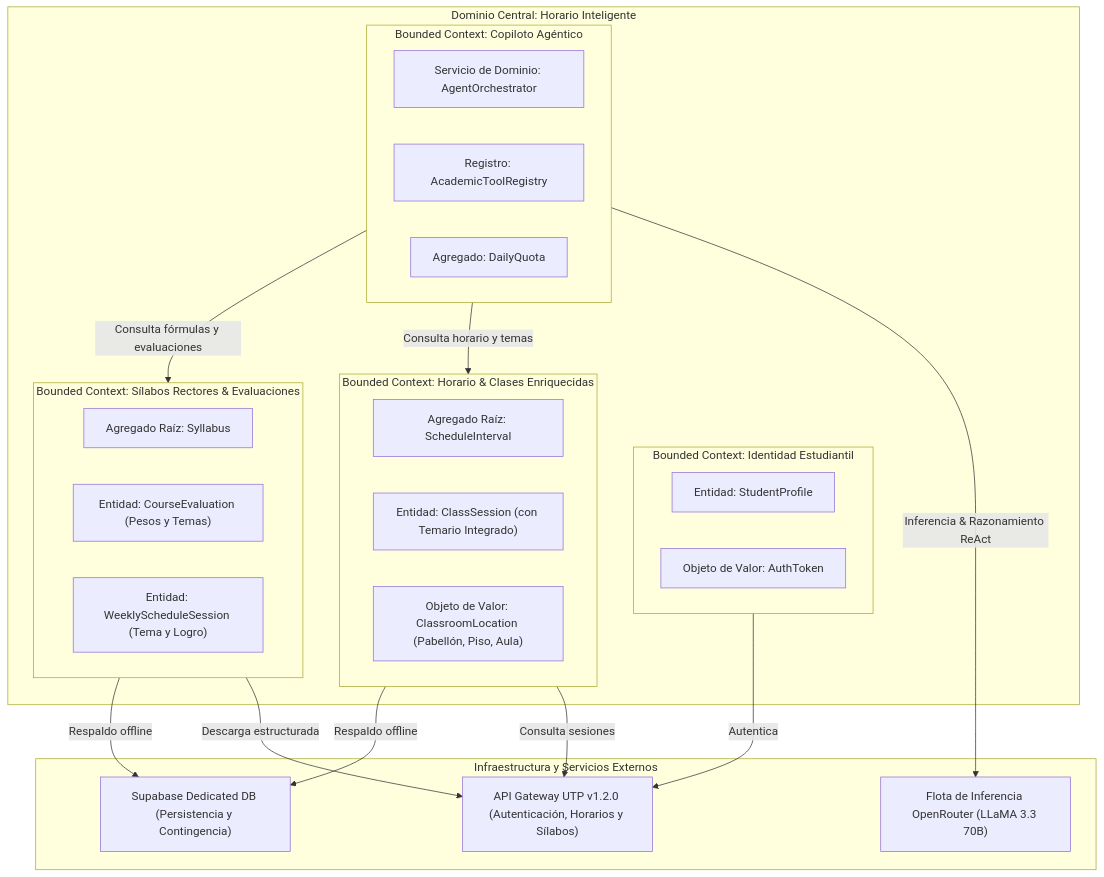
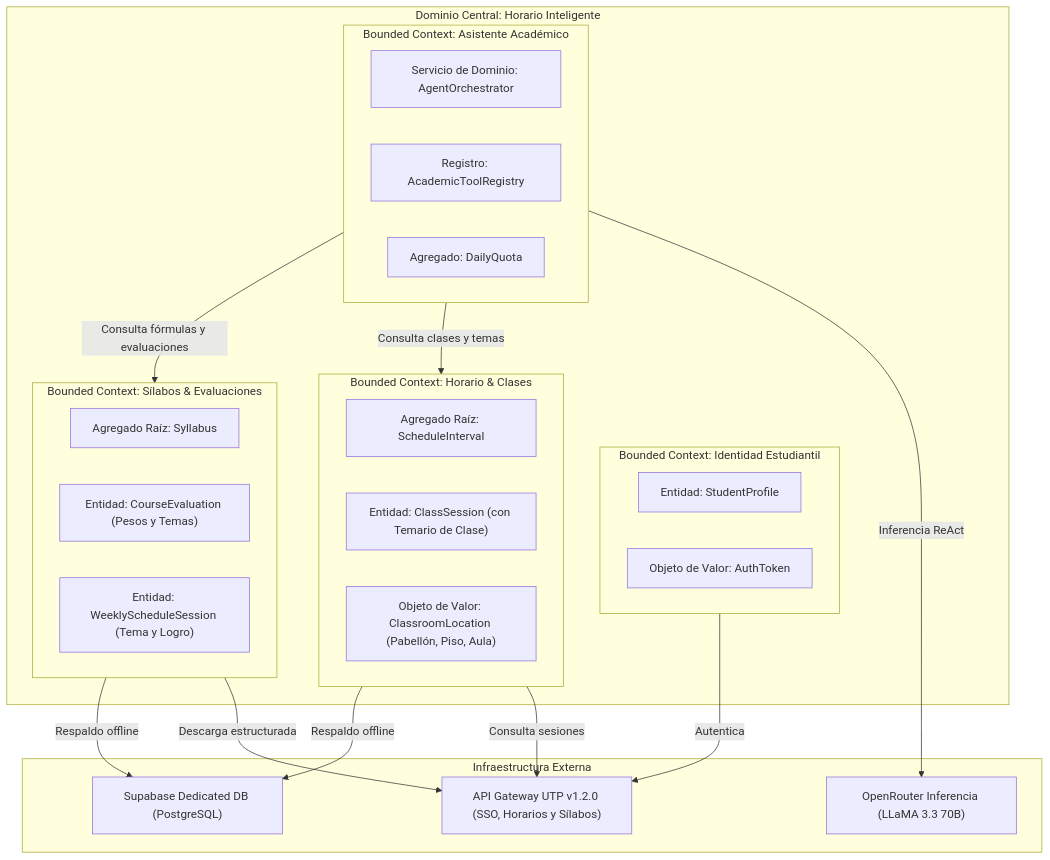
Before and after one commit to Joan2022Laurente/horarioInteligente: the second of 8 diagrams in INFORME_TECNICO_PROYECTO.md, drawn with Mermaid. The commit also changed other lines of this file, not shown here.

````diff
--- a/INFORME_TECNICO_PROYECTO.md
+++ b/INFORME_TECNICO_PROYECTO.md
@@ -186,42 +184,42 @@
 ```mermaid
 flowchart TD
     subgraph CoreDomain["Dominio Central: Horario Inteligente"]
         subgraph BC_Identity["Bounded Context: Identidad Estudiantil"]
             StudentProfile["Entidad: StudentProfile"]
             AuthSession["Objeto de Valor: AuthToken"]
         end
 
-        subgraph BC_Schedule["Bounded Context: Horario & Clases Enriquecidas"]
+        subgraph BC_Schedule["Bounded Context: Horario & Clases"]
             ScheduleInterval["Agregado Raíz: ScheduleInterval"]
-            ClassSession["Entidad: ClassSession (con Temario Integrado)"]
+            ClassSession["Entidad: ClassSession (con Temario de Clase)"]
             Location["Objeto de Valor: ClassroomLocation (Pabellón, Piso, Aula)"]
         end
 
-        subgraph BC_Syllabus["Bounded Context: Sílabos Rectores & Evaluaciones"]
+        subgraph BC_Syllabus["Bounded Context: Sílabos & Evaluaciones"]
             Syllabus["Agregado Raíz: Syllabus"]
             Evaluation["Entidad: CourseEvaluation (Pesos y Temas)"]
             WeeklySession["Entidad: WeeklyScheduleSession (Tema y Logro)"]
         end
 
-        subgraph BC_Assistant["Bounded Context: Copiloto Agéntico"]
+        subgraph BC_Assistant["Bounded Context: Asistente Académico"]
             AgentLoop["Servicio de Dominio: AgentOrchestrator"]
             ToolRegistry["Registro: AcademicToolRegistry"]
             DailyQuota["Agregado: DailyQuota"]
         end
     end
 
-    subgraph ExternalSystems["Infraestructura y Servicios Externos"]
-        ExternalAPI["API Gateway UTP v1.2.0 (Autenticación, Horarios y Sílabos)"]
-        OpenRouter["Flota de Inferencia OpenRouter (LLaMA 3.3 70B)"]
-        SupabaseDB["Supabase Dedicated DB (Persistencia y Contingencia)"]
+    subgraph ExternalSystems["Infraestructura Externa"]
+        ExternalAPI["API Gateway UTP v1.2.0 (SSO, Horarios y Sílabos)"]
+        OpenRouter["OpenRouter Inferencia (LLaMA 3.3 70B)"]
+        SupabaseDB["Supabase Dedicated DB (PostgreSQL)"]
     end
 
     BC_Identity -->|Autentica| ExternalAPI
     BC_Schedule -->|Consulta sesiones| ExternalAPI
     BC_Syllabus -->|Descarga estructurada| ExternalAPI
     BC_Schedule -->|Respaldo offline| SupabaseDB
     BC_Syllabus -->|Respaldo offline| SupabaseDB
-    BC_Assistant -->|Inferencia & Razonamiento ReAct| OpenRouter
-    BC_Assistant -->|Consulta horario y temas| BC_Schedule
+    BC_Assistant -->|Inferencia ReAct| OpenRouter
+    BC_Assistant -->|Consulta clases y temas| BC_Schedule
     BC_Assistant -->|Consulta fórmulas y evaluaciones| BC_Syllabus
 ```
````
